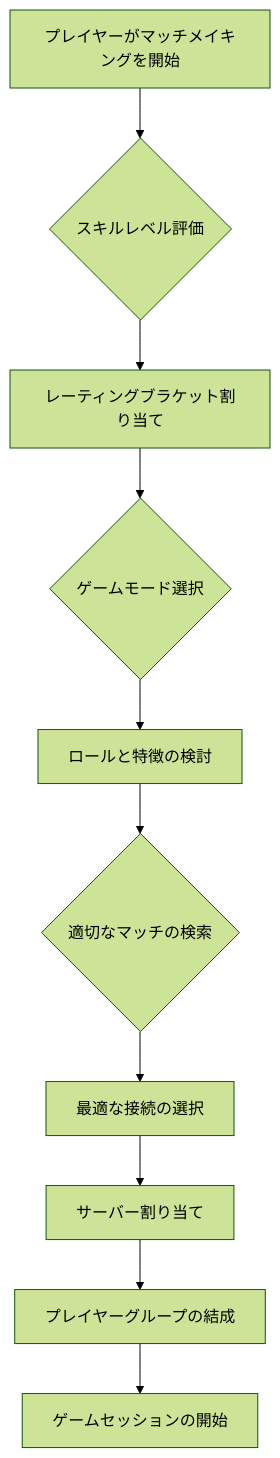
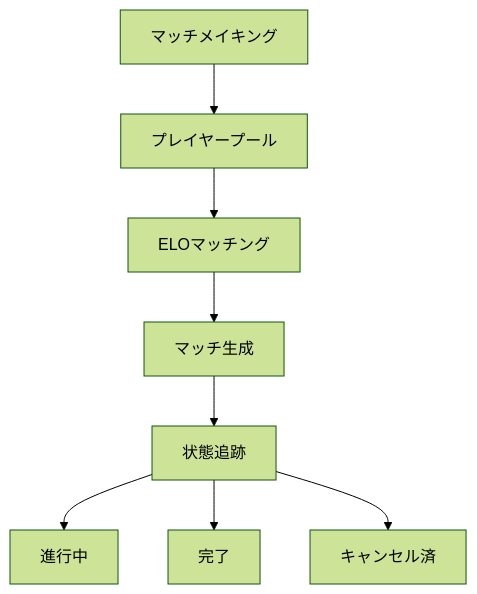
The second of 2 diagrams in src/frontend/src/assets/markdown/ja/core-features.md (cosmicrafts/cosmicrafts-dao), drawn with Mermaid (forest theme) before and after one commit. The commit also changed other lines of this file and 12 other files, not shown here.

````diff
--- a/src/frontend/src/assets/markdown/ja/core-features.md
+++ b/src/frontend/src/assets/markdown/ja/core-features.md
@@ -139,12 +87,11 @@
 ```mermaid
-flowchart TB
-    A[プレイヤーがマッチメイキングを開始] --> B{スキルレベル評価}
-    B --> C[レーティングブラケット割り当て]
-    C --> D{ゲームモード選択}
-    D --> E[ロールと特徴の検討]
-    E --> F{適切なマッチの検索}
-    F --> G[最適な接続の選択]
-    G --> H[サーバー割り当て]
-    H --> I[プレイヤーグループの結成]
-    I --> J[ゲームセッションの開始]
+graph TD
+    A[マッチメイキング] --> B[プレイヤープール]
+    B --> C[ELOマッチング]
+    C --> D[マッチ生成]
+    D --> E[状態追跡]
+    
+    E --> F[進行中]
+    E --> G[完了]
+    E --> H[キャンセル済]
 ```
````
